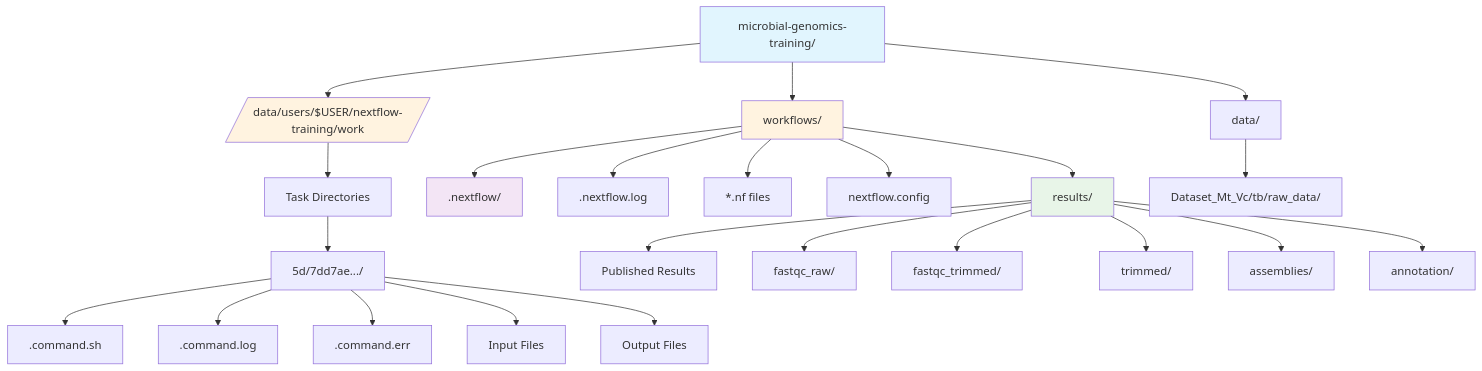
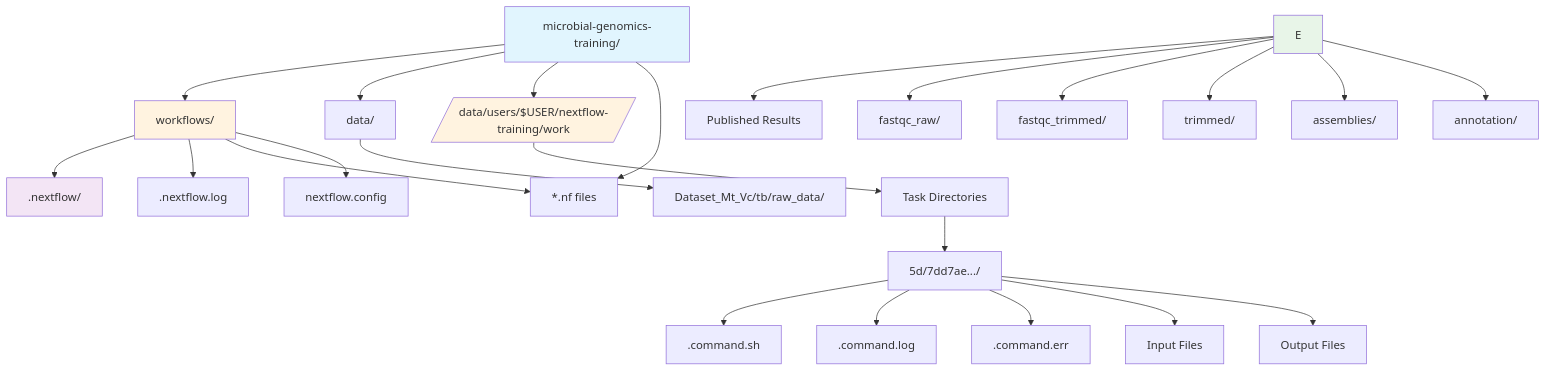
One commit to mamanambiya/microbial-genomics-training changed the seventh of 8 diagrams in docs_src/modules/day6/index.md. Above: the diagram before and after it, drawn with Mermaid. The commit also changed other lines of this file, not shown here.

````diff
--- a/docs_src/modules/day6/index.md
+++ b/docs_src/modules/day6/index.md
@@ -1269,35 +1319,35 @@
 ```mermaid
 graph TD
     A[microbial-genomics-training/] --> B[workflows/]
     A --> C[data/]
     A --> D[/data/users/$USER/nextflow-training/work/]
+    A --> H[/data/users/$USER/nextflow-training/results/]
 
-    B --> E[results/]
     B --> F[.nextflow/]
     B --> G[.nextflow.log]
     B --> H[*.nf files]
     B --> I[nextflow.config]
 
     D --> J[Task Directories]
     J --> K[5d/7dd7ae.../]
     K --> L[.command.sh]
     K --> M[.command.log]
     K --> N[.command.err]
     K --> O[Input Files]
     K --> P[Output Files]
 
     E --> Q[Published Results]
     E --> R[fastqc_raw/]
     E --> S[fastqc_trimmed/]
     E --> T[trimmed/]
     E --> U[assemblies/]
     E --> V[annotation/]
 
     C --> W[Dataset_Mt_Vc/tb/raw_data/]
 
     style A fill:#e1f5fe
     style B fill:#fff3e0
     style D fill:#fff3e0
     style E fill:#e8f5e8
     style F fill:#f3e5f5
 ```
````
